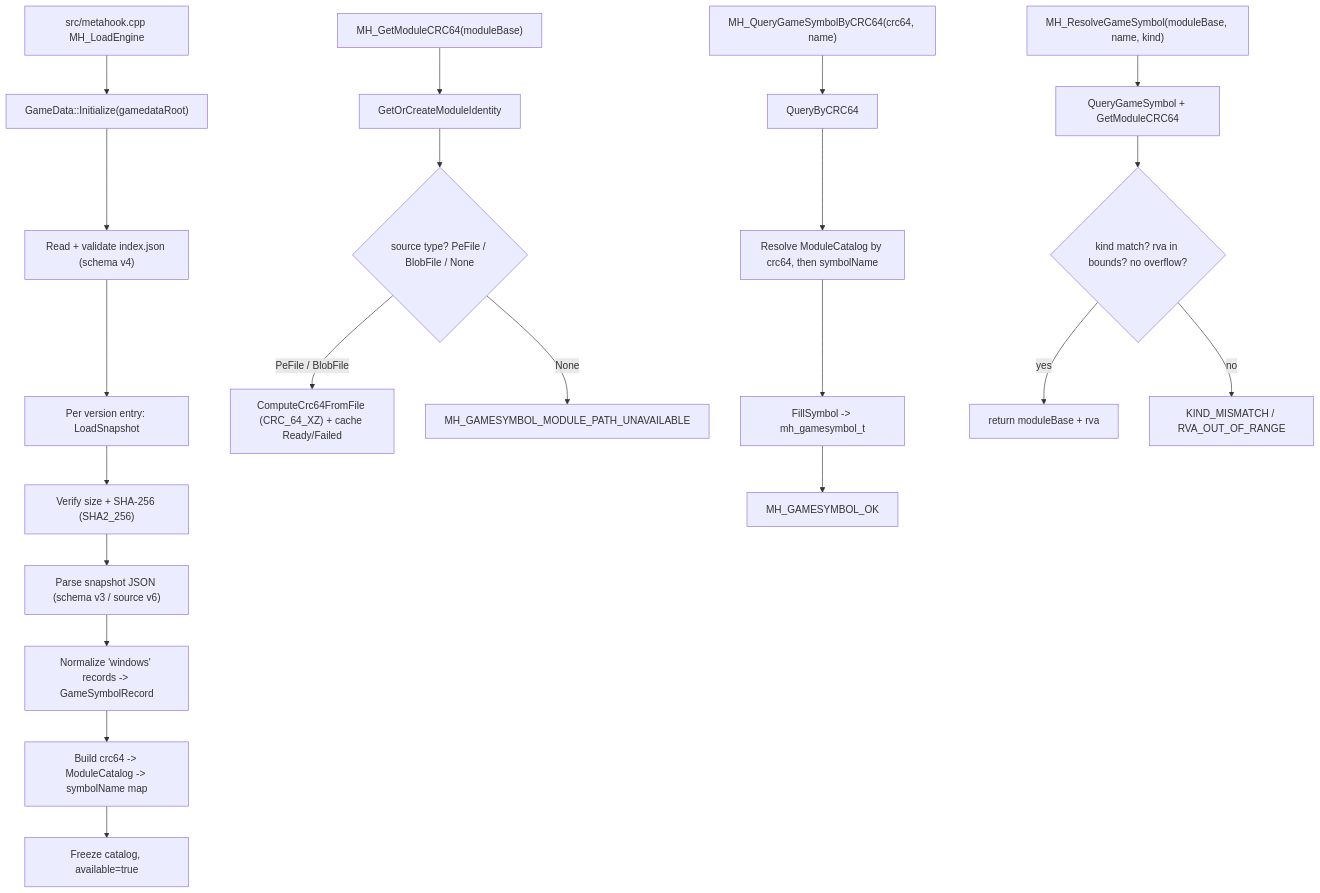
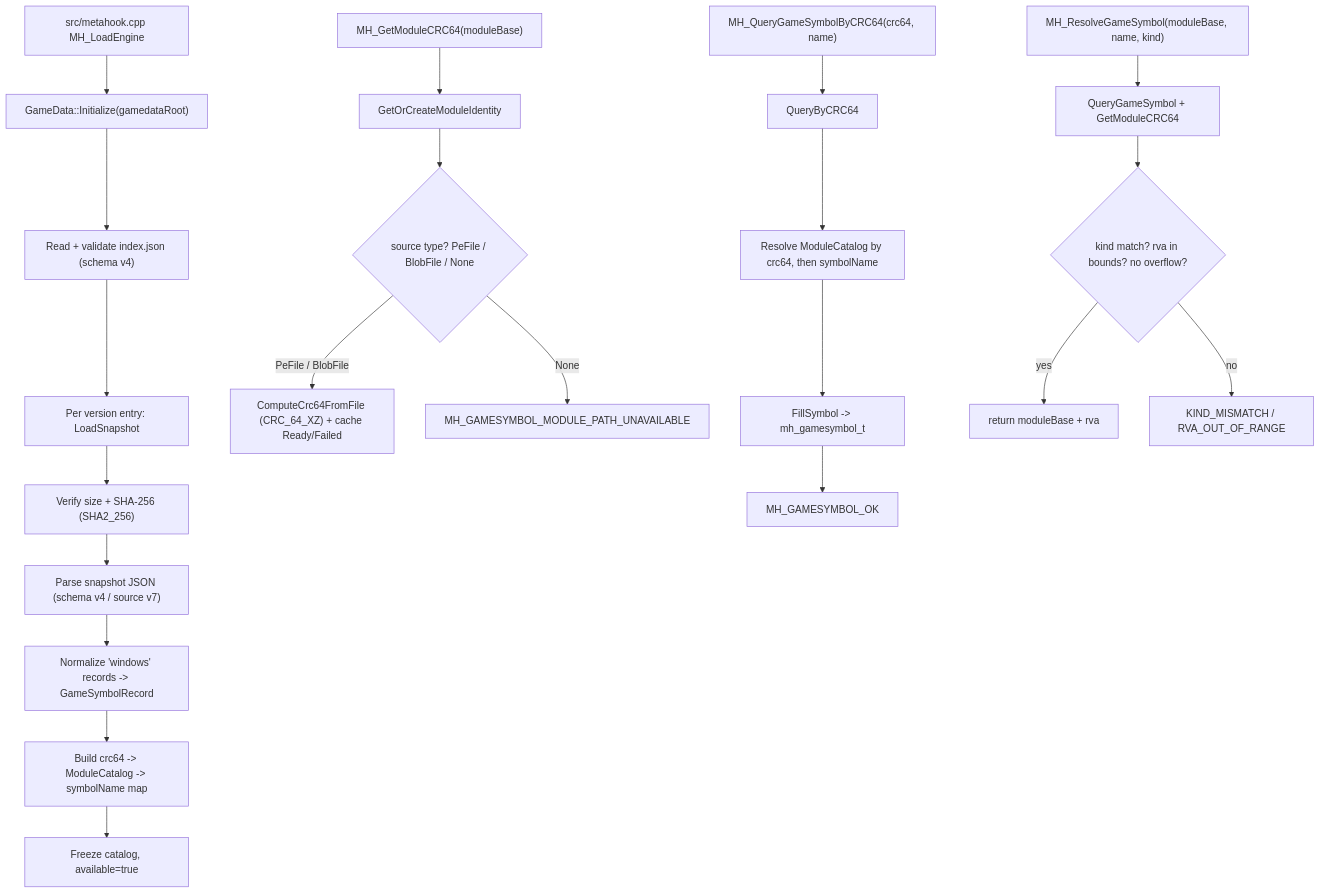
One commit to hzqst/MetaHookSv changed the diagram in memory/GameData.md. Above: the diagram before and after it, drawn with Mermaid. The commit also changed other lines of this file and 3 other files, not shown here.

First line of the commit message:
fix(gamedata): support snapshot contract 7 / dataset schema 4

````diff
--- a/memory/GameData.md
+++ b/memory/GameData.md
@@ -57,26 +57,26 @@
 ```mermaid
 flowchart TD
     A["src/metahook.cpp MH_LoadEngine"] --> B["GameData::Initialize(gamedataRoot)"]
     B --> C["Read + validate index.json (schema v4)"]
     C --> D["Per version entry: LoadSnapshot"]
     D --> E["Verify size + SHA-256 (SHA2_256)"]
-    E --> F["Parse snapshot JSON (schema v3 / source v6)"]
+    E --> F["Parse snapshot JSON (schema v4 / source v7)"]
     F --> G["Normalize 'windows' records -> GameSymbolRecord"]
     G --> H["Build crc64 -> ModuleCatalog -> symbolName map"]
     H --> I["Freeze catalog, available=true"]
 
     J["MH_GetModuleCRC64(moduleBase)"] --> K["GetOrCreateModuleIdentity"]
     K --> L{"source type? PeFile / BlobFile / None"}
     L -->|"PeFile / BlobFile"| M["ComputeCrc64FromFile (CRC_64_XZ) + cache Ready/Failed"]
     L -->|"None"| N["MH_GAMESYMBOL_MODULE_PATH_UNAVAILABLE"]
 
     O["MH_QueryGameSymbolByCRC64(crc64, name)"] --> P["QueryByCRC64"]
     P --> Q["Resolve ModuleCatalog by crc64, then symbolName"]
     Q --> R["FillSymbol -> mh_gamesymbol_t"]
     R --> S["MH_GAMESYMBOL_OK"]
 
     T["MH_ResolveGameSymbol(moduleBase, name, kind)"] --> U["QueryGameSymbol + GetModuleCRC64"]
     U --> V{"kind match? rva in bounds? no overflow?"}
     V -->|"yes"| W["return moduleBase + rva"]
     V -->|"no"| X["KIND_MISMATCH / RVA_OUT_OF_RANGE"]
 ```
````
